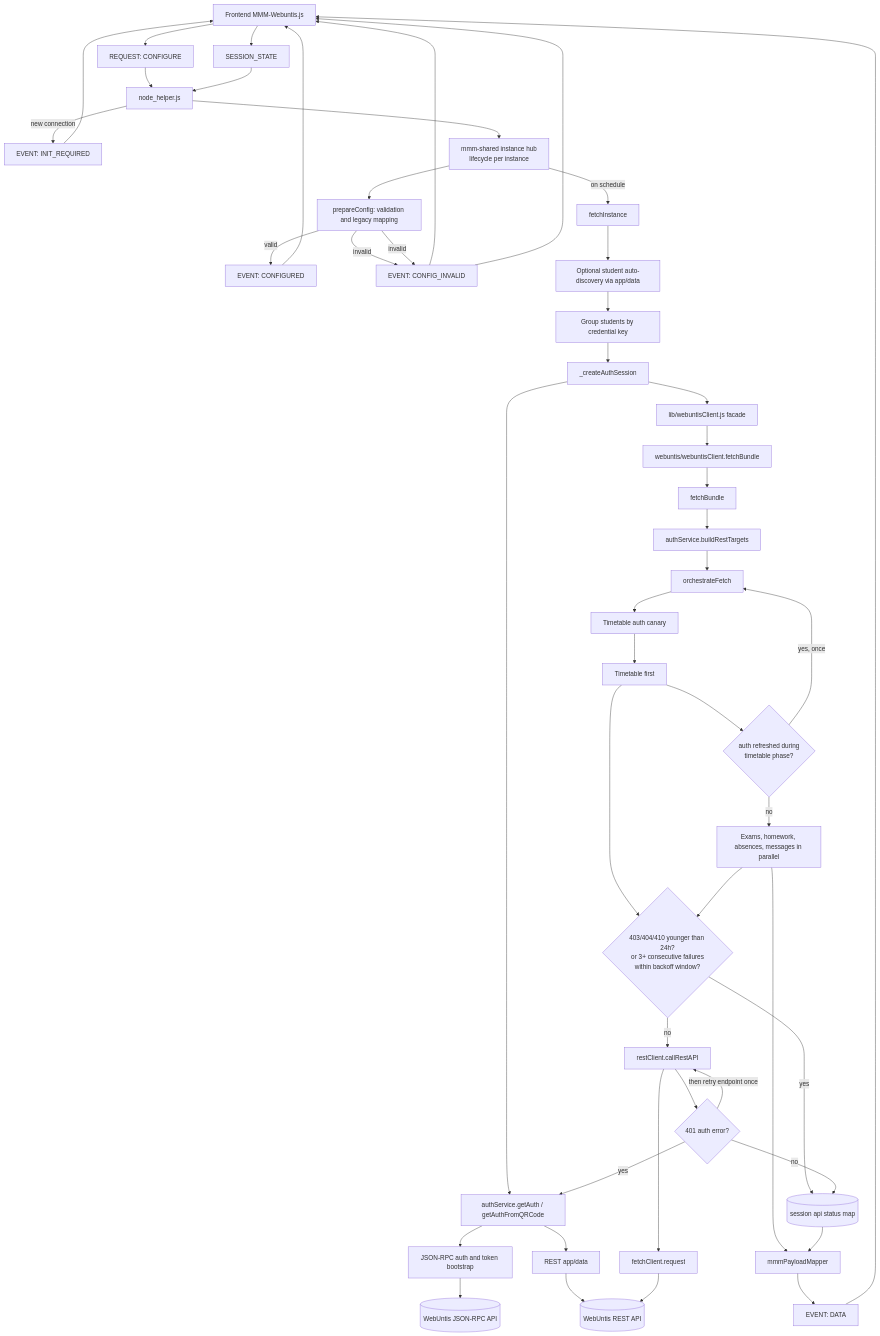
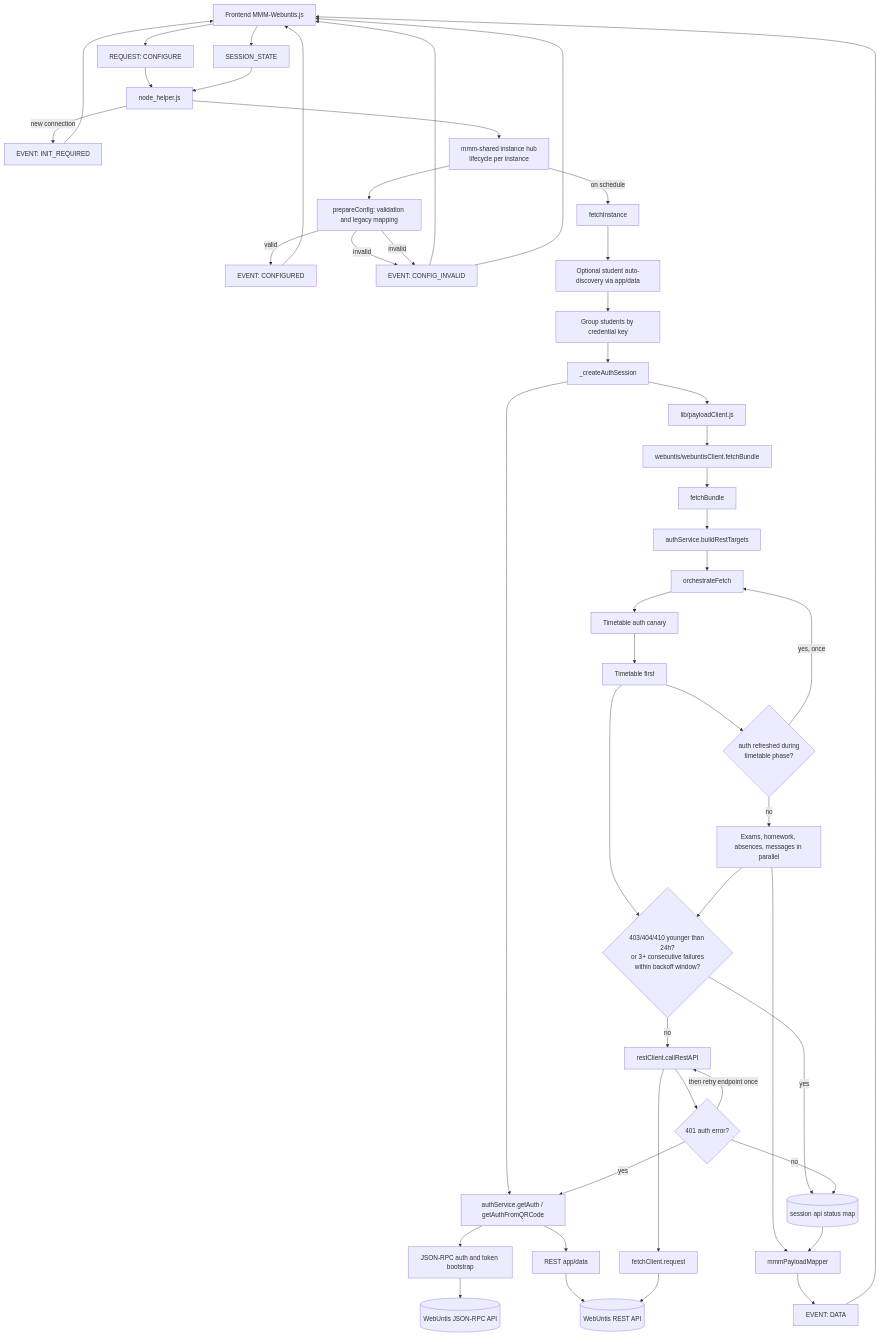
One commit to HeikoGr/MMM-Webuntis changed the first of 2 diagrams in docs/SERVER_REQUEST_FLOW.md. Above: the diagram before and after it, drawn with Mermaid. The commit also changed other lines of this file and 38 other files, not shown here.

````diff
--- a/docs/SERVER_REQUEST_FLOW.md
+++ b/docs/SERVER_REQUEST_FLOW.md
@@ -32,76 +32,76 @@
 ```mermaid
 flowchart TD
     FE[Frontend MMM-Webuntis.js]
     NH[node_helper.js]
     INIT[REQUEST: CONFIGURE]
     STATE[SESSION_STATE]
     MODOK[EVENT: CONFIGURED]
     GOT[EVENT: DATA]
     INITERR[EVENT: CONFIG_INVALID]
     INITREQ[EVENT: INIT_REQUIRED]
     HUB[mmm-shared instance hub\nlifecycle per instance]
 
     CFG[prepareConfig: validation and legacy mapping]
     DISCOVER[Optional student auto-discovery via app/data]
     EXEC[fetchInstance]
     GROUP[Group students by credential key]
     AUTHSESSION[_createAuthSession]
 
-    FACADE[lib/webuntisClient.js facade]
+    FACADE[lib/payloadClient.js]
     CLIENT[webuntis/webuntisClient.fetchBundle]
     BUNDLE[fetchBundle]
     TARGETS[authService.buildRestTargets]
     ORCH[orchestrateFetch]
     CANARY[Timetable auth canary]
     TTABLE[Timetable first]
     PAR[Exams, homework, absences, messages in parallel]
     MAP[mmmPayloadMapper]
 
     AUTH[authService.getAuth / getAuthFromQRCode]
     JSONRPC[JSON-RPC auth and token bootstrap]
     APPDATA[REST app/data]
     RESTCALL[restClient.callRestAPI]
     FETCHC[fetchClient.request]
 
     STATUS[(session api status map)]
     SKIP{403/404/410 younger than 24h?\nor 3+ consecutive failures\nwithin backoff window?}
     REAUTH{401 auth error?}
     RETRYORCH{auth refreshed during\ntimetable phase?}
 
     API[(WebUntis REST API)]
     RPC[(WebUntis JSON-RPC API)]
 
     FE --> INIT --> NH --> HUB --> CFG
     CFG -- invalid --> INITERR --> FE
     CFG -- valid --> MODOK --> FE
     HUB -- on schedule --> EXEC
     NH -- new connection --> INITREQ --> FE
     FE --> STATE --> NH
 
     EXEC --> DISCOVER --> GROUP --> AUTHSESSION --> FACADE
     FACADE --> CLIENT
     CLIENT --> BUNDLE --> TARGETS --> ORCH
 
     ORCH --> CANARY
     CANARY --> TTABLE
     TTABLE --> RETRYORCH
     RETRYORCH -- yes, once --> ORCH
     RETRYORCH -- no --> PAR
     PAR --> MAP --> GOT --> FE
 
     AUTHSESSION --> AUTH
     AUTH --> JSONRPC --> RPC
     AUTH --> APPDATA --> API
 
     TTABLE --> SKIP
     PAR --> SKIP
     SKIP -- yes --> STATUS
     SKIP -- no --> RESTCALL --> FETCHC --> API
     RESTCALL --> REAUTH
     REAUTH -- yes --> AUTH
     REAUTH -- then retry endpoint once --> RESTCALL
     REAUTH -- no --> STATUS
     STATUS --> MAP
 
     CFG -- invalid --> INITERR --> FE
 ```
````
